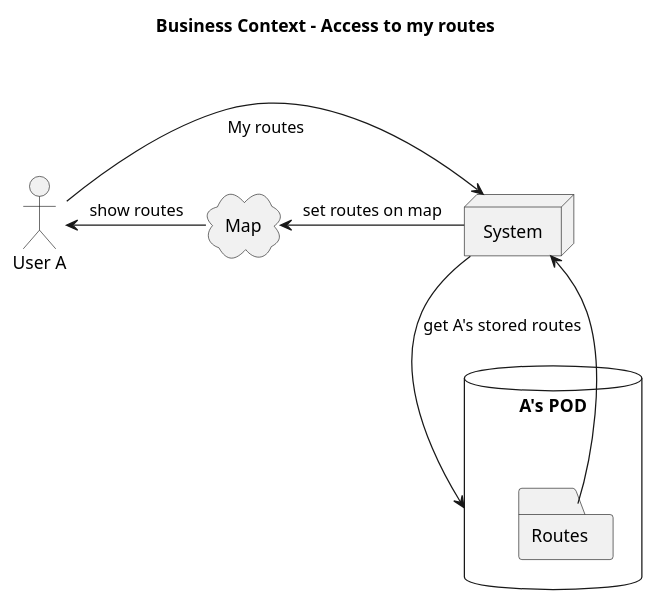
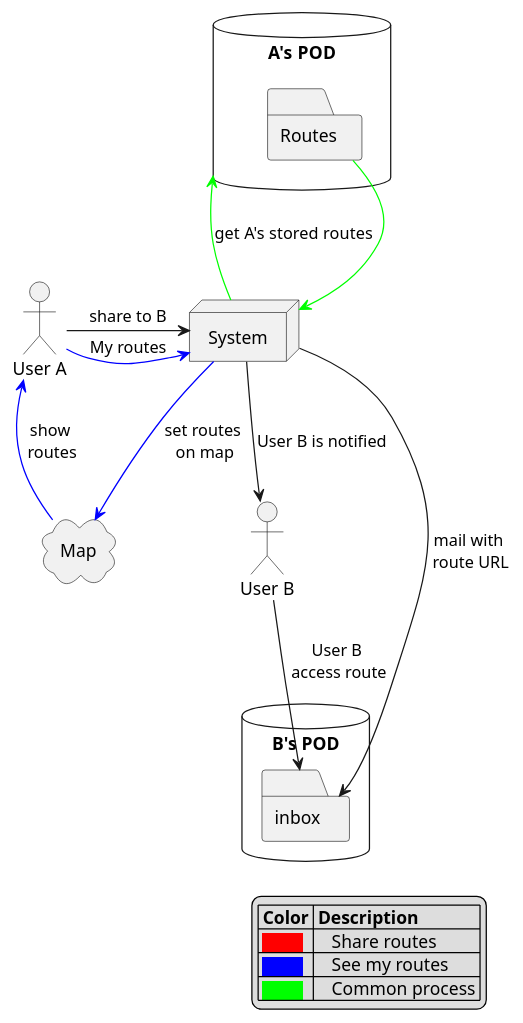
The first of 2 diagrams in src/docs/03_system_scope_and_context.adoc (Arquisoft/viade_en1a), drawn with PlantUML before and after one commit. The commit also changed other lines of this file and 1 other file, not shown here.

Commit message:
Techinical context & Crosscutting concepts update

```diff
--- a/src/docs/03_system_scope_and_context.adoc
+++ b/src/docs/03_system_scope_and_context.adoc
@@ -12,23 +12,37 @@
-[plantuml,"Business context diagram - Access to my routes",png]
+[plantuml,"Business context diagram",png]
 ----
-title Business Context - Access to my routes\n
-
 :User A: as A
 
 node "System" as Sys{
 }
 
+:User B: as B
+
 database "A's POD" as AP {
     folder Routes as r1
+}
+
+database "B's POD" as BP {
+    folder inbox as r2
 }
 
 cloud "Map" as Map{
 }
 
-A -right-> Sys : \nMy routes
-Sys -down-> AP: get A's stored routes
-r1 -up-> Sys
-Sys -left-> Map : set routes on map
-Map -left-> A : show routes
+A -right-> Sys : share to B
+A -[#0000ff]right-> Sys : My routes
+Sys -[#00ff00]right-> AP: get A's stored routes
+r1 -[#00ff00]-> Sys
+Sys -[#0000ff]down-> Map : set routes\n on map
+Map -[#0000ff]up-> A : show\n routes
+Sys ---> r2 : mail with\n route URL
+Sys -right-> B : User B is notified
+B -down-> r2 : User B\n access route
 
+legend right
+    |= Color |= Description |
+    | <size:11><back:#ff0000>           </back></size>|    Share routes |
+    | <size:11><back:#0000ff>           </back></size>|    See my routes |
+    | <size:11><back:#00ff00>           </back></size>|    Common process |
+endlegend
 ----
```
